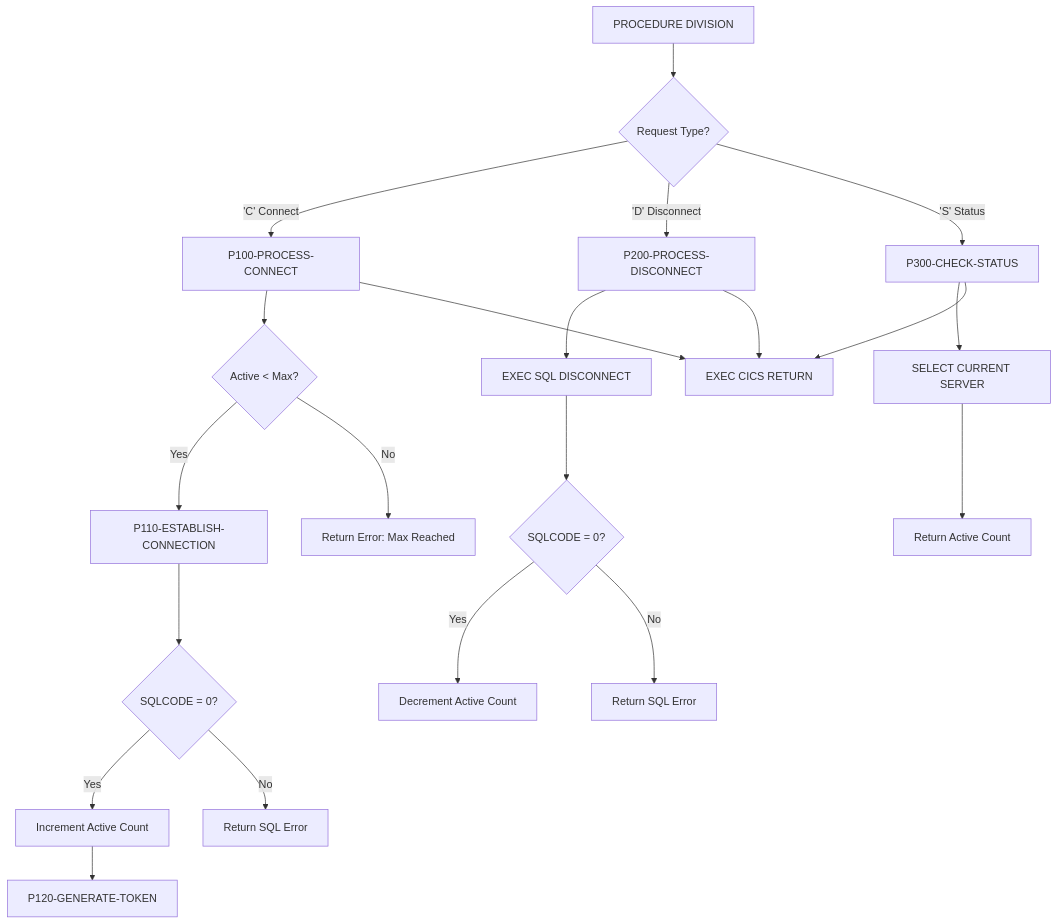
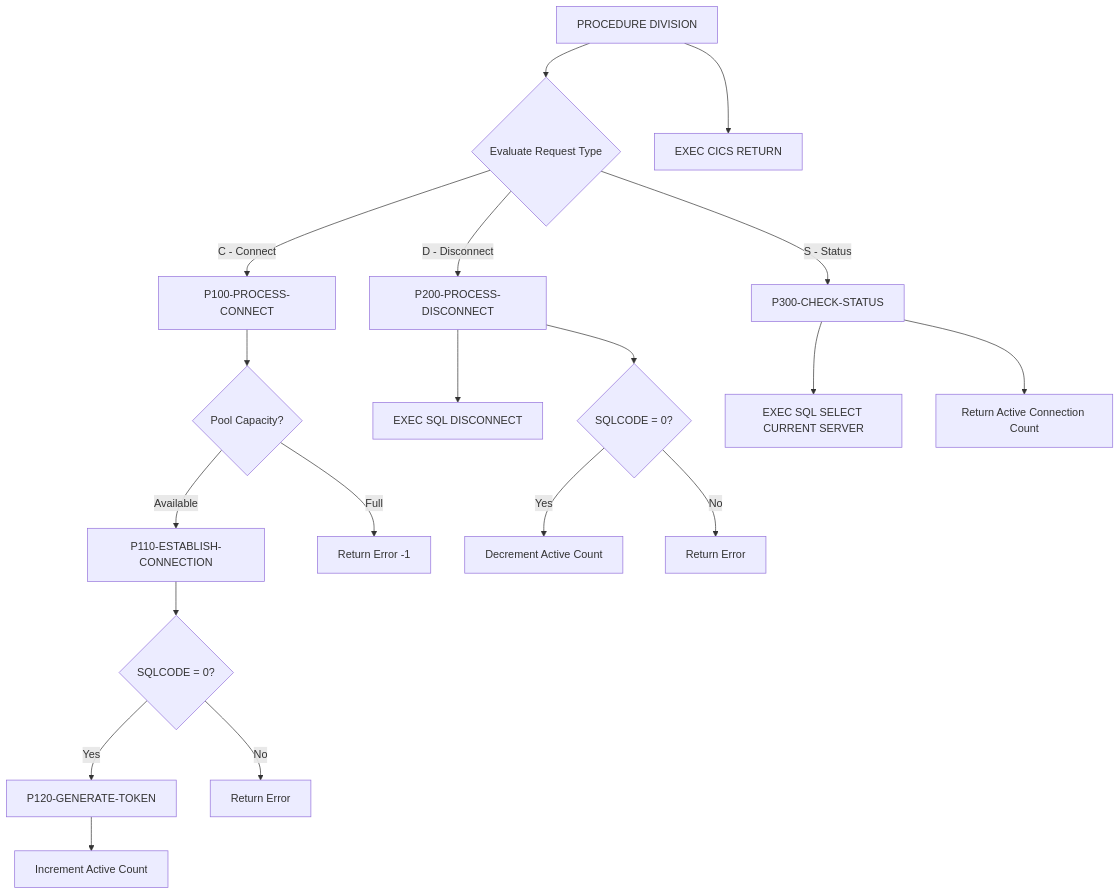
Before and after one commit to haladir-com/legacy-benchmark-docs-vb70e1: the diagram in docs/programs/DB2ONLN.mdx, drawn with Mermaid. The commit also changed other lines of this file and 63 other files, not shown here.

````diff
--- a/docs/programs/DB2ONLN.mdx
+++ b/docs/programs/DB2ONLN.mdx
@@ -20,28 +25,27 @@
 ```mermaid
 graph TD
-    A[PROCEDURE DIVISION] --> B{Request Type?}
-    B -->|'C' Connect| C[P100-PROCESS-CONNECT]
-    B -->|'D' Disconnect| D[P200-PROCESS-DISCONNECT]
-    B -->|'S' Status| E[P300-CHECK-STATUS]
+    A[PROCEDURE DIVISION] --> B{Evaluate Request Type}
+    B -->|C - Connect| C[P100-PROCESS-CONNECT]
+    B -->|D - Disconnect| D[P200-PROCESS-DISCONNECT]
+    B -->|S - Status| E[P300-CHECK-STATUS]
     
-    C --> C1{Active < Max?}
-    C1 -->|Yes| C2[P110-ESTABLISH-CONNECTION]
-    C1 -->|No| C3[Return Error: Max Reached]
+    C --> C1{Pool Capacity?}
+    C1 -->|Available| C2[P110-ESTABLISH-CONNECTION]
+    C1 -->|Full| C3[Return Error -1]
     
     C2 --> C4{SQLCODE = 0?}
-    C4 -->|Yes| C5[Increment Active Count]
-    C5 --> C6[P120-GENERATE-TOKEN]
-    C4 -->|No| C7[Return SQL Error]
+    C4 -->|Yes| C5[P120-GENERATE-TOKEN]
+    C4 -->|No| C6[Return Error]
+    
+    C5 --> C7[Increment Active Count]
     
     D --> D1[EXEC SQL DISCONNECT]
-    D1 --> D2{SQLCODE = 0?}
+    D --> D2{SQLCODE = 0?}
     D2 -->|Yes| D3[Decrement Active Count]
-    D2 -->|No| D4[Return SQL Error]
+    D2 -->|No| D4[Return Error]
     
-    E --> E1[SELECT CURRENT SERVER]
-    E1 --> E2[Return Active Count]
+    E --> E1[EXEC SQL SELECT CURRENT SERVER]
+    E --> E2[Return Active Connection Count]
     
-    C --> F[EXEC CICS RETURN]
-    D --> F
-    E --> F
+    A --> F[EXEC CICS RETURN]
 ```
````
